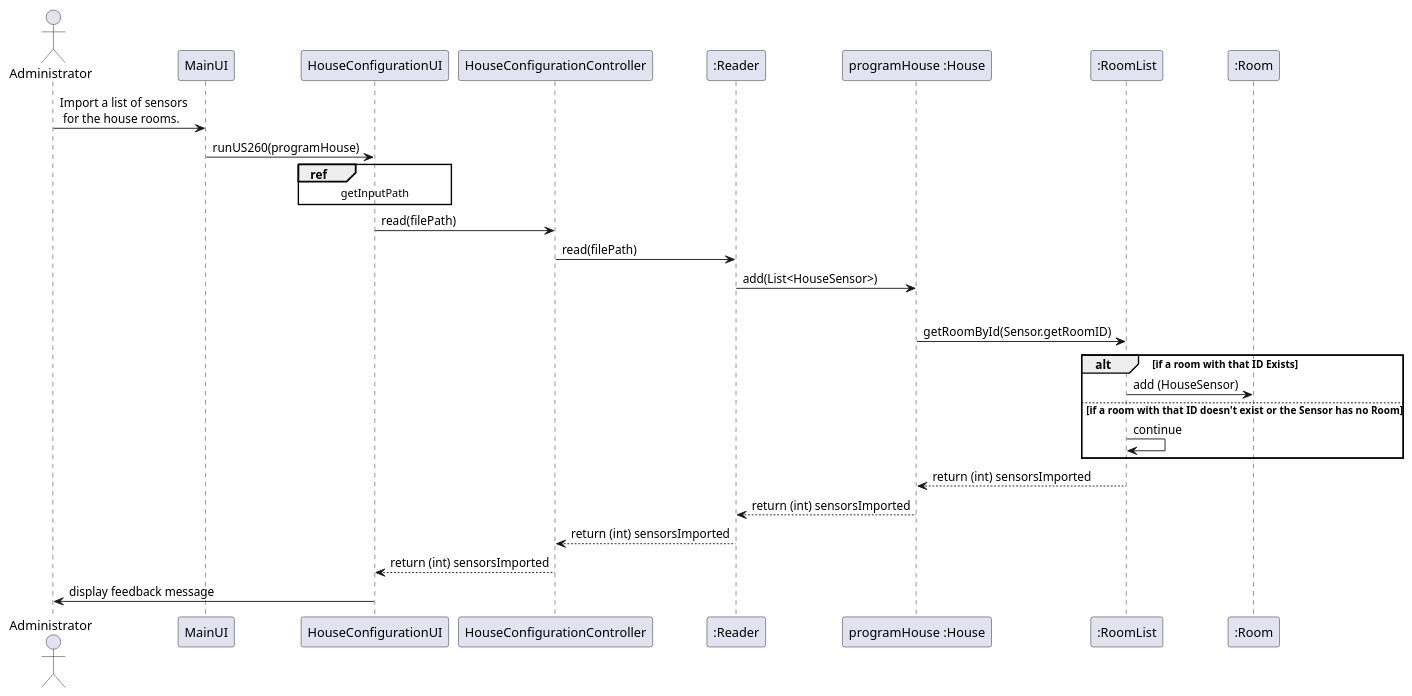
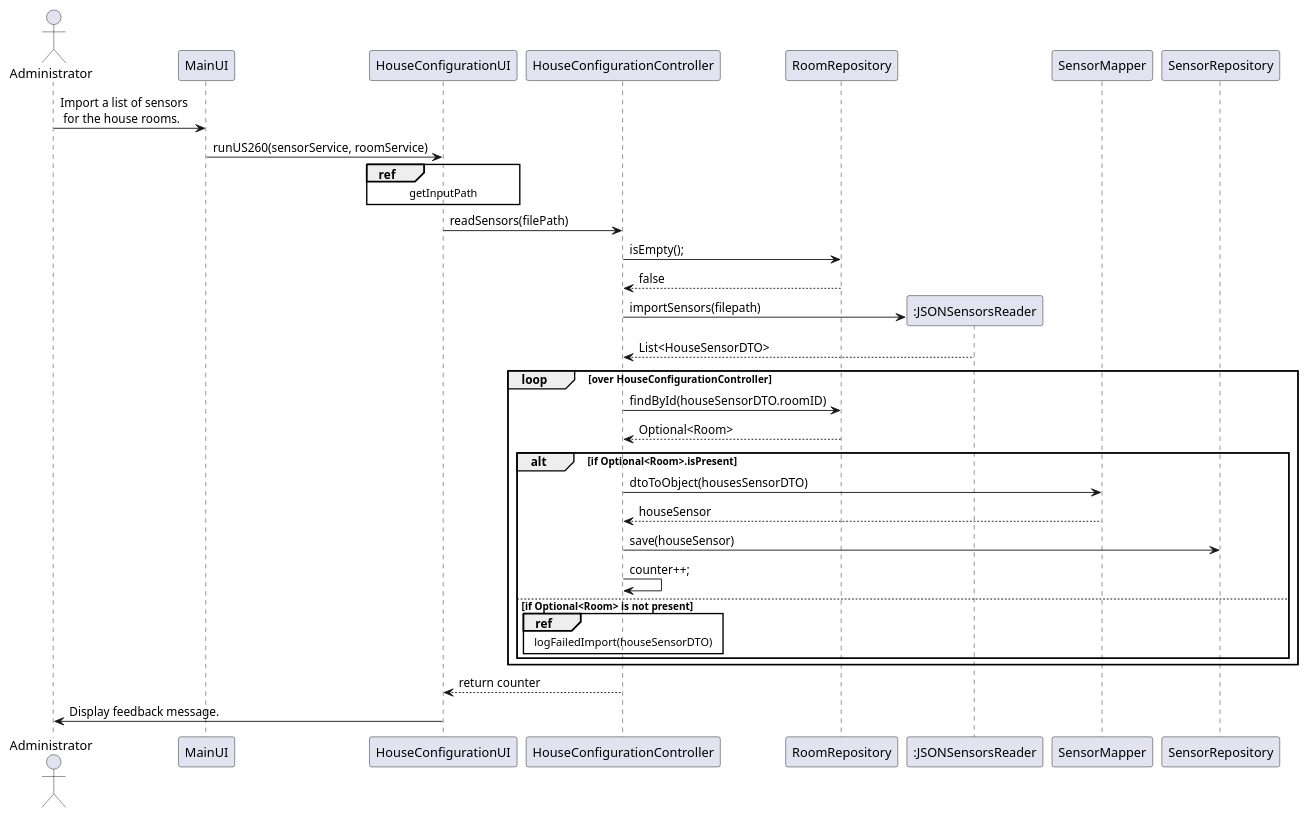
Before and after one commit to Almadanmp/project: the diagram in src/doc/Controllers/HouseConfiguration/US260/US260_sd_HouseConfiguration.puml, drawn with PlantUML. The commit also changed 1 other file, not shown here.

```diff
--- a/src/doc/Controllers/HouseConfiguration/US260/US260_sd_HouseConfiguration.puml
+++ b/src/doc/Controllers/HouseConfiguration/US260/US260_sd_HouseConfiguration.puml
@@ -1,23 +1,31 @@
 @startuml
 actor Administrator
 Administrator->MainUI: Import a list of sensors \n for the house rooms.
-MainUI->HouseConfigurationUI: runUS260(programHouse)
+MainUI->HouseConfigurationUI: runUS260(sensorService, roomService)
 ref over HouseConfigurationUI
 getInputPath
 end
-HouseConfigurationUI-> HouseConfigurationController: read(filePath)
-HouseConfigurationController -> ":Reader": read(filePath)
-":Reader" -> "programHouse :House": add(List<HouseSensor>)
-loop
-"programHouse :House" -> ":RoomList": getRoomById(Sensor.getRoomID)
-alt if a room with that ID Exists
-":RoomList" -> ":Room": add (HouseSensor)
-else if a room with that ID doesn't exist or the Sensor has no Room
-":RoomList" -> ":RoomList": continue
+HouseConfigurationUI-> HouseConfigurationController: readSensors(filePath)
+HouseConfigurationController -> RoomRepository: isEmpty();
+RoomRepository --> HouseConfigurationController: false
+create ":JSONSensorsReader"
+HouseConfigurationController -> ":JSONSensorsReader": importSensors(filepath)
+":JSONSensorsReader" --> HouseConfigurationController: List<HouseSensorDTO>
+loop over HouseConfigurationController
+HouseConfigurationController -> RoomRepository: findById(houseSensorDTO.roomID)
+return Optional<Room>
+alt if Optional<Room>.isPresent
+HouseConfigurationController -> SensorMapper: dtoToObject(housesSensorDTO)
+return houseSensor
+HouseConfigurationController -> SensorRepository: save(houseSensor)
+HouseConfigurationController -> HouseConfigurationController: counter++;
+else if Optional<Room> is not present
+ref over HouseConfigurationController
+logFailedImport(houseSensorDTO)
 end
-":RoomList" --> "programHouse :House": return (int) sensorsImported
-"programHouse :House" --> ":Reader": return (int) sensorsImported
-":Reader" --> HouseConfigurationController: return (int) sensorsImported
-HouseConfigurationController --> HouseConfigurationUI: return (int) sensorsImported
-HouseConfigurationUI -> Administrator: display feedback message
+end
+end
+HouseConfigurationController --> HouseConfigurationUI: return counter
+
+HouseConfigurationUI -> Administrator: Display feedback message.
 @enduml
```
